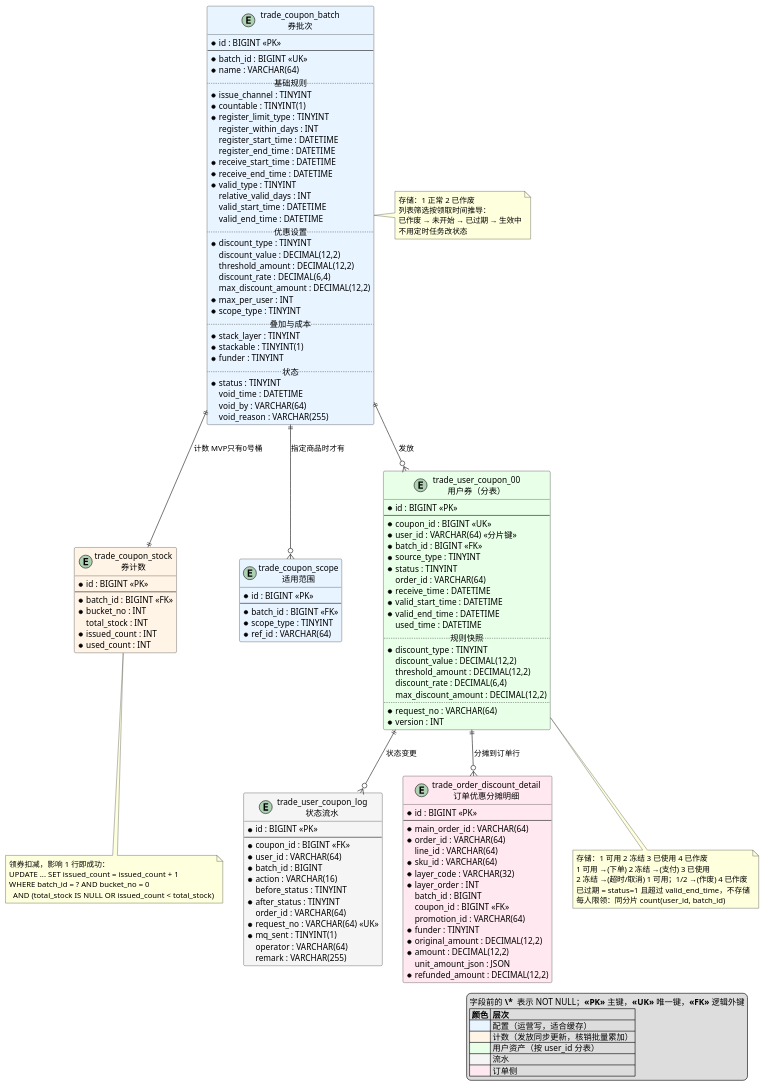
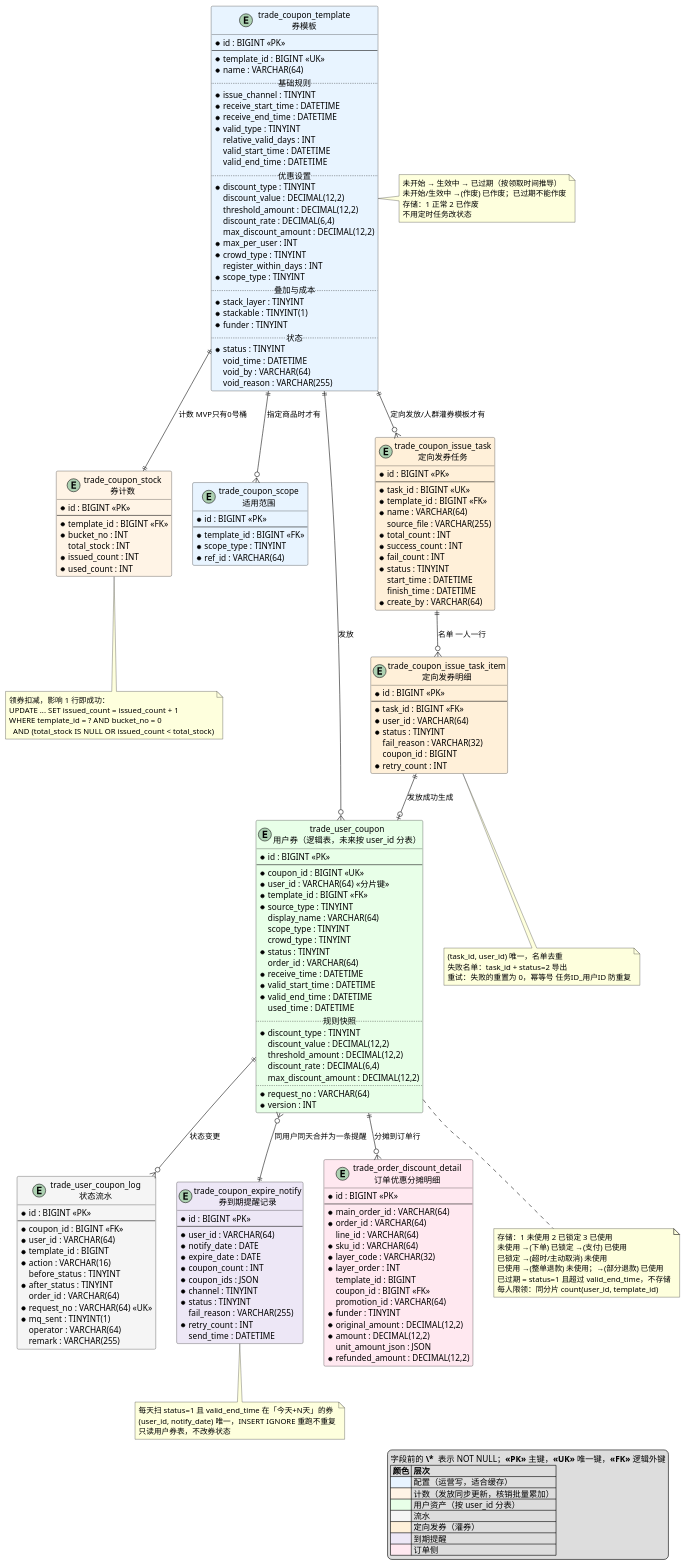
One commit to HanyuKing/learn-jdk changed the diagram in docs/coupon/coupon-er.puml. Above: the diagram before and after it, drawn with PlantUML. The commit also changed 45 other files, not shown here.

```diff
--- a/docs/coupon/coupon-er.puml
+++ b/docs/coupon/coupon-er.puml
@@ -1,9 +1,11 @@
 @startuml
-' 卡券系统 E-R 图（MVP 版，6 张表）
+' 卡券系统 E-R 图（MVP 版，9 张表）
 ' 配套文件：docs/coupon-tables-ddl.sql
 ' 渲染：plantuml docs/coupon-er.puml （本机未装，可用 VS Code PlantUML 插件）
-' 只有 trade_user_coupon 按 user_id 分表，其余单库单表。
-' batch_id = 券批次ID（一次建券），coupon_id = 券ID（用户手里的一张券）
+' MVP 只建无后缀 trade_user_coupon，未来保留按 user_id 分表能力，其余单库单表。
+' issue_channel：6 人群惊喜券（仅新人自动领取）；7 人群灌券（仅由发券任务发放，不进入 C 端领取候选）。
+' source_type：1 系统自动领取；2 人群灌券任务发放。
+' template_id = 券模板ID（一次建券），coupon_id = 券ID（用户手里的一张券）
 
 legend right
   字段前的 **\* ** 表示 NOT NULL；**<<PK>>** 主键，**<<UK>>** 唯一键，**<<FK>>** 逻辑外键
@@ -12,21 +14,18 @@
   |<#FFF4E6> | 计数（发放同步更新，核销批量累加） |
   |<#E8FFE8> | 用户资产（按 user_id 分表） |
   |<#F5F5F5> | 流水 |
+  |<#FFF0D9> | 定向发券（灌券） |
+  |<#EDE7F6> | 到期提醒 |
   |<#FFE8F0> | 订单侧 |
 endlegend
 
-entity "trade_coupon_batch\n券批次" as coupon #E8F4FF {
+entity "trade_coupon_template\n券模板" as coupon #E8F4FF {
   * id : BIGINT <<PK>>
   --
-  * batch_id : BIGINT <<UK>>
+  * template_id : BIGINT <<UK>>
   * name : VARCHAR(64)
   .. 基础规则 ..
   * issue_channel : TINYINT
-  * countable : TINYINT(1)
-  * register_limit_type : TINYINT
-  register_within_days : INT
-  register_start_time : DATETIME
-  register_end_time : DATETIME
   * receive_start_time : DATETIME
   * receive_end_time : DATETIME
   * valid_type : TINYINT
@@ -40,6 +39,8 @@
   discount_rate : DECIMAL(6,4)
   max_discount_amount : DECIMAL(12,2)
   * max_per_user : INT
+  * crowd_type : TINYINT
+  register_within_days : INT
   * scope_type : TINYINT
   .. 叠加与成本 ..
   * stack_layer : TINYINT
@@ -55,7 +56,7 @@
 entity "trade_coupon_stock\n券计数" as stock #FFF4E6 {
   * id : BIGINT <<PK>>
   --
-  * batch_id : BIGINT <<FK>>
+  * template_id : BIGINT <<FK>>
   * bucket_no : INT
   total_stock : INT
   * issued_count : INT
@@ -65,18 +66,21 @@
 entity "trade_coupon_scope\n适用范围" as scope #E8F4FF {
   * id : BIGINT <<PK>>
   --
-  * batch_id : BIGINT <<FK>>
+  * template_id : BIGINT <<FK>>
   * scope_type : TINYINT
   * ref_id : VARCHAR(64)
 }
 
-entity "trade_user_coupon_00\n用户券（分表）" as usercoupon #E8FFE8 {
+entity "trade_user_coupon\n用户券（逻辑表，未来按 user_id 分表）" as usercoupon #E8FFE8 {
   * id : BIGINT <<PK>>
   --
   * coupon_id : BIGINT <<UK>>
   * user_id : VARCHAR(64) <<分片键>>
-  * batch_id : BIGINT <<FK>>
+  * template_id : BIGINT <<FK>>
   * source_type : TINYINT
+  display_name : VARCHAR(64)
+  scope_type : TINYINT
+  crowd_type : TINYINT
   * status : TINYINT
   order_id : VARCHAR(64)
   * receive_time : DATETIME
@@ -99,7 +103,7 @@
   --
   * coupon_id : BIGINT <<FK>>
   * user_id : VARCHAR(64)
-  * batch_id : BIGINT
+  * template_id : BIGINT
   * action : VARCHAR(16)
   before_status : TINYINT
   * after_status : TINYINT
@@ -108,6 +112,48 @@
   * mq_sent : TINYINT(1)
   operator : VARCHAR(64)
   remark : VARCHAR(255)
+}
+
+entity "trade_coupon_issue_task\n定向发券任务" as task #FFF0D9 {
+  * id : BIGINT <<PK>>
+  --
+  * task_id : BIGINT <<UK>>
+  * template_id : BIGINT <<FK>>
+  * name : VARCHAR(64)
+  source_file : VARCHAR(255)
+  * total_count : INT
+  * success_count : INT
+  * fail_count : INT
+  * status : TINYINT
+  start_time : DATETIME
+  finish_time : DATETIME
+  * create_by : VARCHAR(64)
+}
+
+entity "trade_coupon_issue_task_item\n定向发券明细" as item #FFF0D9 {
+  * id : BIGINT <<PK>>
+  --
+  * task_id : BIGINT <<FK>>
+  * user_id : VARCHAR(64)
+  * status : TINYINT
+  fail_reason : VARCHAR(32)
+  coupon_id : BIGINT
+  * retry_count : INT
+}
+
+entity "trade_coupon_expire_notify\n券到期提醒记录" as notify #EDE7F6 {
+  * id : BIGINT <<PK>>
+  --
+  * user_id : VARCHAR(64)
+  * notify_date : DATE
+  * expire_date : DATE
+  * coupon_count : INT
+  * coupon_ids : JSON
+  * channel : TINYINT
+  * status : TINYINT
+  fail_reason : VARCHAR(255)
+  * retry_count : INT
+  send_time : DATETIME
 }
 
 entity "trade_order_discount_detail\n订单优惠分摊明细" as detail #FFE8F0 {
@@ -119,7 +165,7 @@
   * sku_id : VARCHAR(64)
   * layer_code : VARCHAR(32)
   * layer_order : INT
-  batch_id : BIGINT
+  template_id : BIGINT
   coupon_id : BIGINT <<FK>>
   promotion_id : VARCHAR(64)
   * funder : TINYINT
@@ -134,26 +180,41 @@
 coupon ||--o{ usercoupon : "发放"
 usercoupon ||--o{ log : "状态变更"
 usercoupon ||--o{ detail : "分摊到订单行"
+  coupon ||--o{ task : "定向发放/人群灌券模板才有"
+task ||--o{ item : "名单 一人一行"
+item ||--o| usercoupon : "发放成功生成"
+usercoupon }o--|| notify : "同用户同天合并为一条提醒"
 
 note bottom of stock
   领券扣减，影响 1 行即成功：
   UPDATE ... SET issued_count = issued_count + 1
-  WHERE batch_id = ? AND bucket_no = 0
+  WHERE template_id = ? AND bucket_no = 0
     AND (total_stock IS NULL OR issued_count < total_stock)
 end note
 
 note bottom of usercoupon
-  存储：1 可用 2 冻结 3 已使用 4 已作废
-  1 可用 →(下单) 2 冻结 →(支付) 3 已使用
-  2 冻结 →(超时/取消) 1 可用；1/2 →(作废) 4 已作废
+  存储：1 未使用 2 已锁定 3 已使用
+  未使用 →(下单) 已锁定 →(支付) 已使用
+  已锁定 →(超时/主动取消) 未使用
+  已使用 →(整单退款) 未使用；→(部分退款) 已使用
   已过期 = status=1 且超过 valid_end_time，不存储
-  每人限领：同分片 count(user_id, batch_id)
+  每人限领：同分片 count(user_id, template_id)
 end note
 
 note right of coupon
+  未开始 → 生效中 → 已过期（按领取时间推导）
+  未开始/生效中 →(作废) 已作废；已过期不能作废
   存储：1 正常 2 已作废
-  列表筛选按领取时间推导：
-  已作废 → 未开始 → 已过期 → 生效中
   不用定时任务改状态
 end note
+note bottom of item
+  (task_id, user_id) 唯一，名单去重
+  失败名单：task_id + status=2 导出
+  重试：失败的重置为 0，幂等号 任务ID_用户ID 防重复
+end note
+note bottom of notify
+  每天扫 status=1 且 valid_end_time 在「今天+N天」的券
+  (user_id, notify_date) 唯一，INSERT IGNORE 重跑不重复
+  只读用户券表，不改券状态
+end note
 @enduml
```
